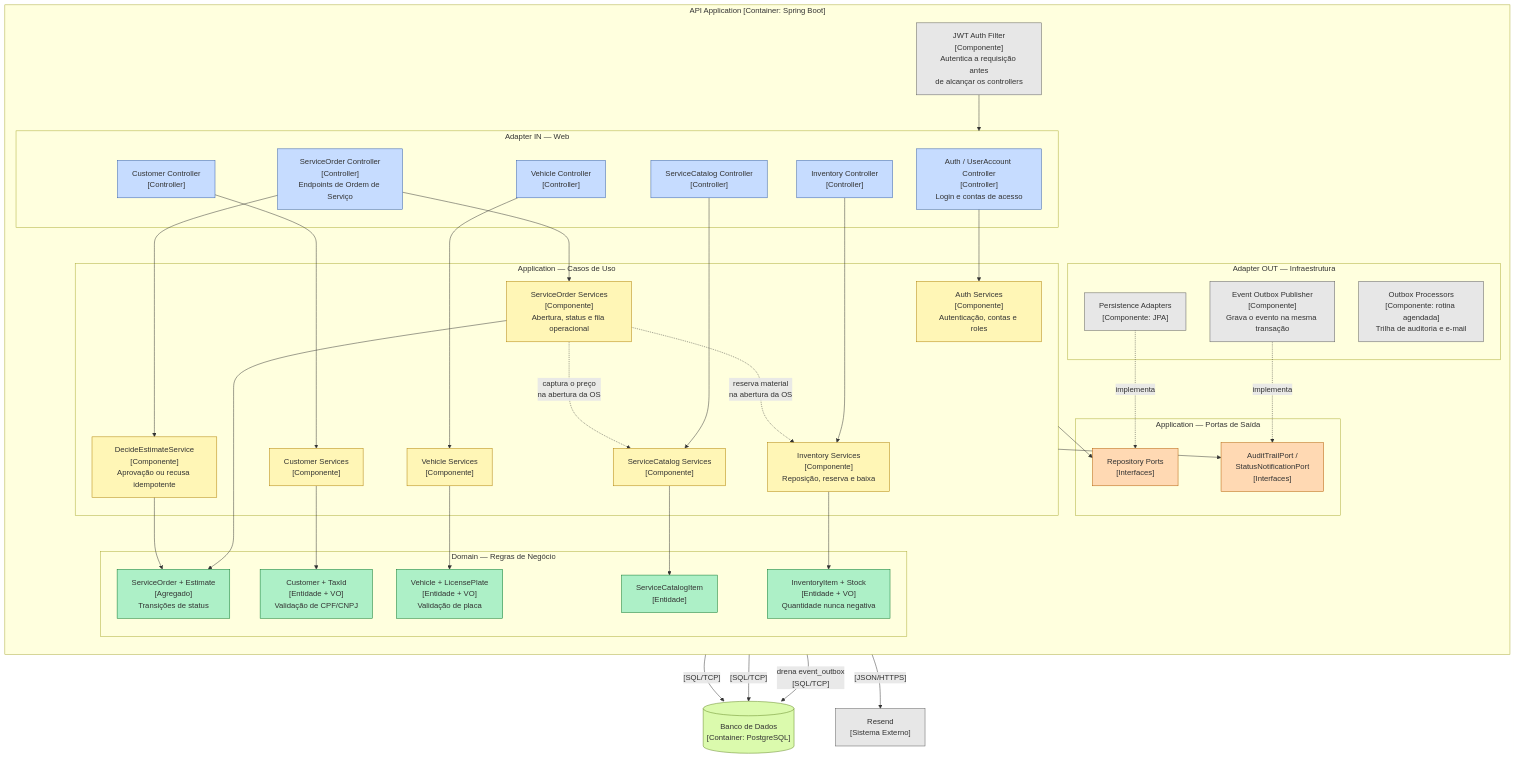
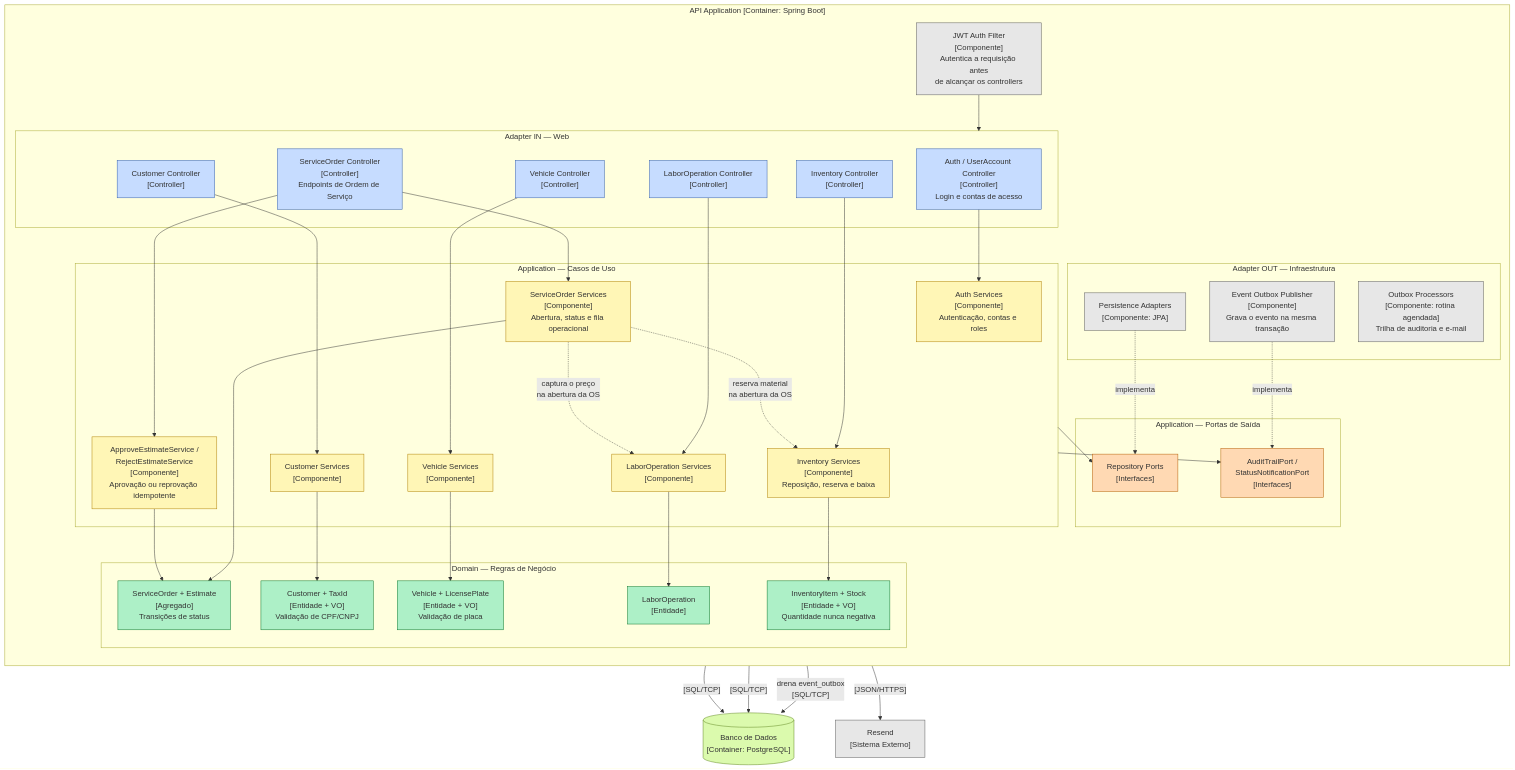
The third of 3 diagrams in docs/c4-model.md (gabsevamac/JACAFI-FIAP_Tech-Challenge_01), drawn with Mermaid before and after one commit. The commit also changed other lines of this file and 175 other files, not shown here.

```diff
--- a/docs/c4-model.md
+++ b/docs/c4-model.md
@@ -82,17 +82,17 @@
             osCtrl["ServiceOrder Controller<br/>[Controller]<br/>Endpoints de Ordem de Serviço"]:::controller
             clienteCtrl["Customer Controller<br/>[Controller]"]:::controller
             veiculoCtrl["Vehicle Controller<br/>[Controller]"]:::controller
-            catalogoCtrl["ServiceCatalog Controller<br/>[Controller]"]:::controller
+            catalogoCtrl["LaborOperation Controller<br/>[Controller]"]:::controller
             estoqueCtrl["Inventory Controller<br/>[Controller]"]:::controller
         end
 
         subgraph Aplicacao["Application — Casos de Uso"]
             authSvc["Auth Services<br/>[Componente]<br/>Autenticação, contas e roles"]:::service
             osSvc["ServiceOrder Services<br/>[Componente]<br/>Abertura, status e fila operacional"]:::service
-            orcamentoSvc["DecideEstimateService<br/>[Componente]<br/>Aprovação ou recusa idempotente"]:::service
+            orcamentoSvc["ApproveEstimateService /<br/>RejectEstimateService<br/>[Componente]<br/>Aprovação ou reprovação idempotente"]:::service
             clienteSvc["Customer Services<br/>[Componente]"]:::service
             veiculoSvc["Vehicle Services<br/>[Componente]"]:::service
-            catalogoSvc["ServiceCatalog Services<br/>[Componente]"]:::service
+            catalogoSvc["LaborOperation Services<br/>[Componente]"]:::service
             estoqueSvc["Inventory Services<br/>[Componente]<br/>Reposição, reserva e baixa"]:::service
         end
 
@@ -100,7 +100,7 @@
             osAgg["ServiceOrder + Estimate<br/>[Agregado]<br/>Transições de status"]:::domain
             clienteEnt["Customer + TaxId<br/>[Entidade + VO]<br/>Validação de CPF/CNPJ"]:::domain
             veiculoEnt["Vehicle + LicensePlate<br/>[Entidade + VO]<br/>Validação de placa"]:::domain
-            catalogoEnt["ServiceCatalogItem<br/>[Entidade]"]:::domain
+            catalogoEnt["LaborOperation<br/>[Entidade]"]:::domain
             pecaEnt["InventoryItem + Stock<br/>[Entidade + VO]<br/>Quantidade nunca negativa"]:::domain
         end
 
```
